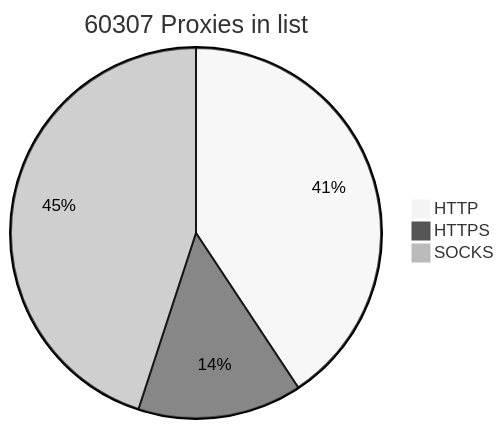
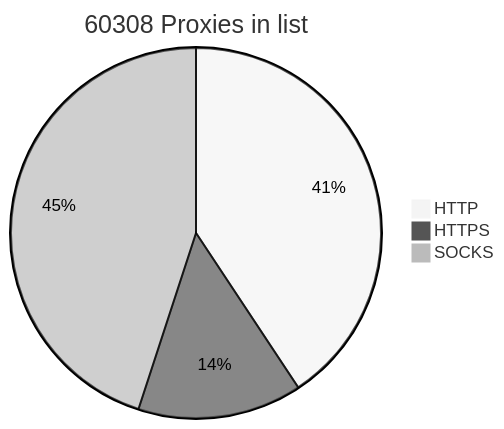
Before and after one commit to BlackSnowDot/proxylist-update-every-minute: the diagram in README.md, drawn with Mermaid (neutral theme).

````diff
--- a/README.md
+++ b/README.md
@@ -2,6 +2,6 @@
 ```mermaid
-pie title 60307 Proxies in list
+pie title 60308 Proxies in list
     "HTTP" : 27768
-    "HTTPS": 9776
+    "HTTPS": 9777
     "SOCKS" : 30688
 ```
````
